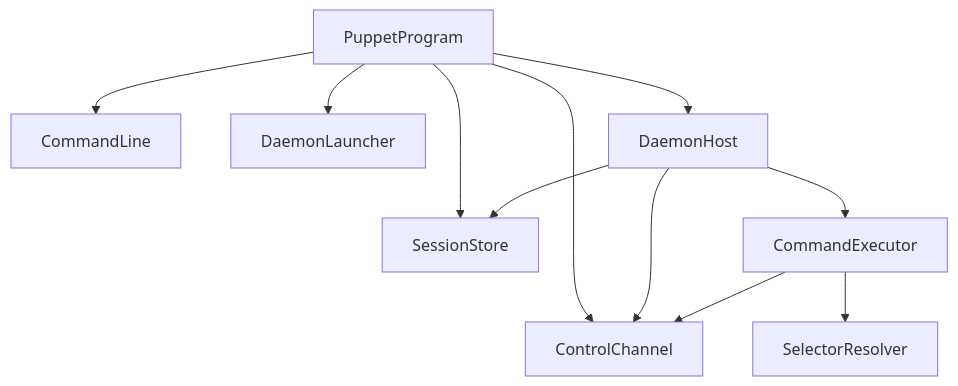
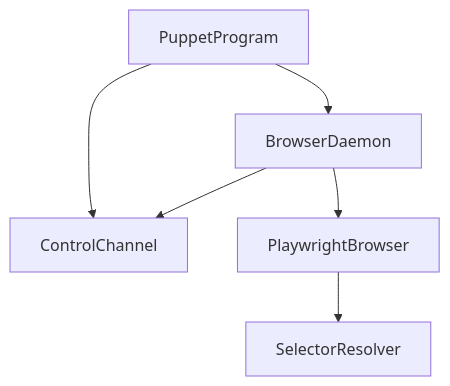
Before and after one commit to demaconsulting/ReviewCenter: the diagram in docs/design/review-center-puppet.md, drawn with Mermaid. The commit also changed other lines of this file and 90 other files, not shown here.

First line of the commit message:
Puppet: one persistent headless browser driven one command at a time (#5)

````diff
--- a/docs/design/review-center-puppet.md
+++ b/docs/design/review-center-puppet.md
@@ -32,13 +32,8 @@
 ```mermaid
 flowchart TD
-    PuppetProgram --> CommandLine
-    PuppetProgram --> SessionStore
     PuppetProgram --> ControlChannel
-    PuppetProgram --> DaemonLauncher
-    PuppetProgram --> DaemonHost
-    DaemonHost --> SessionStore
-    DaemonHost --> ControlChannel
-    DaemonHost --> CommandExecutor
-    CommandExecutor --> SelectorResolver
-    CommandExecutor --> ControlChannel
+    PuppetProgram --> BrowserDaemon
+    BrowserDaemon --> ControlChannel
+    BrowserDaemon --> PlaywrightBrowser
+    PlaywrightBrowser --> SelectorResolver
 ```
````
